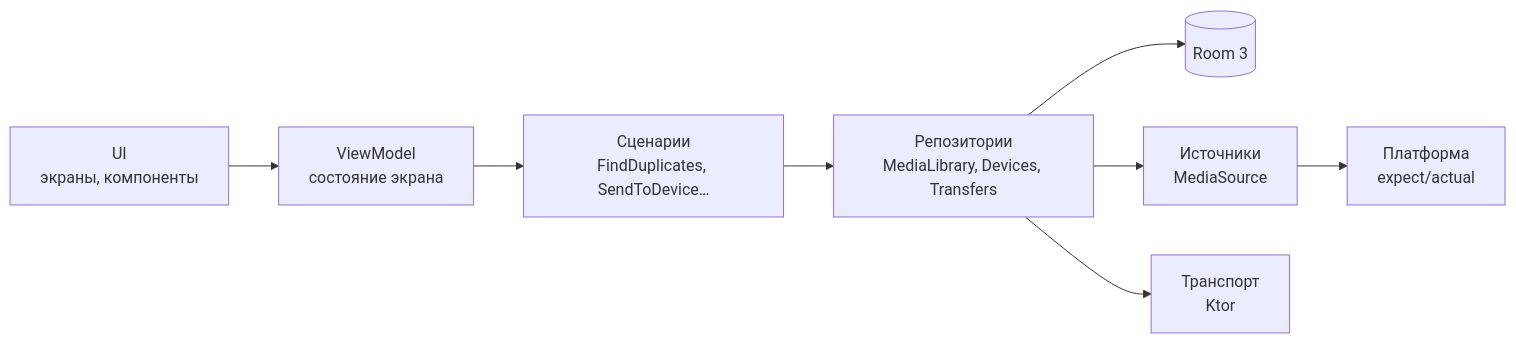
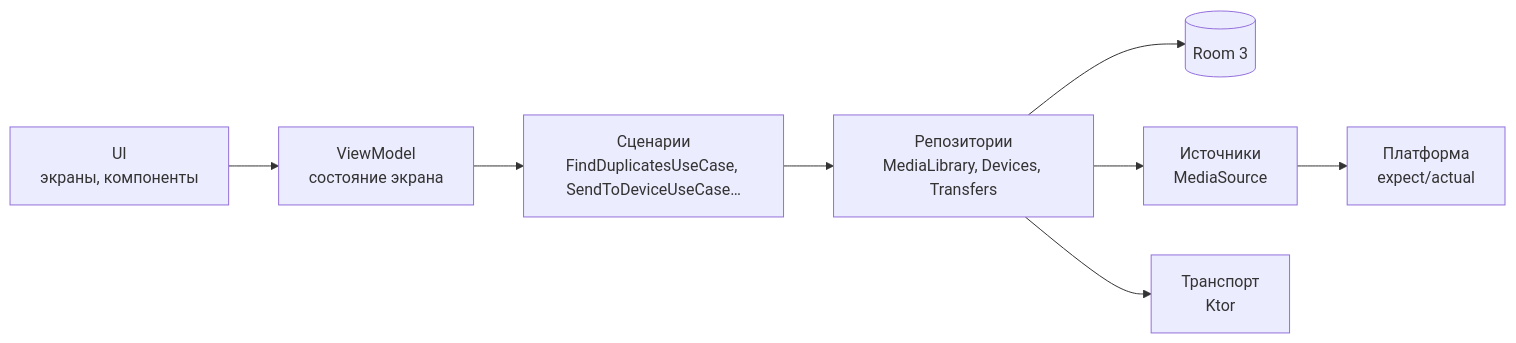
Before and after one commit to intelbetteramd-sys/homeroll: the second of 4 diagrams in docs/architecture/overview.md, drawn with Mermaid. The commit also changed 4 other files, not shown here.

````diff
--- a/docs/architecture/overview.md
+++ b/docs/architecture/overview.md
@@ -59,10 +59,10 @@
 ```mermaid
 flowchart LR
   UI["UI<br/>экраны, компоненты"] --> VM["ViewModel<br/>состояние экрана"]
-  VM --> UC["Сценарии<br/>FindDuplicates, SendToDevice…"]
+  VM --> UC["Сценарии<br/>FindDuplicatesUseCase, SendToDeviceUseCase…"]
   UC --> REPO["Репозитории<br/>MediaLibrary, Devices, Transfers"]
   REPO --> DB[("Room 3")]
   REPO --> SRC["Источники<br/>MediaSource"]
   REPO --> NET["Транспорт<br/>Ktor"]
   SRC --> PLAT["Платформа<br/>expect/actual"]
 ```
````
